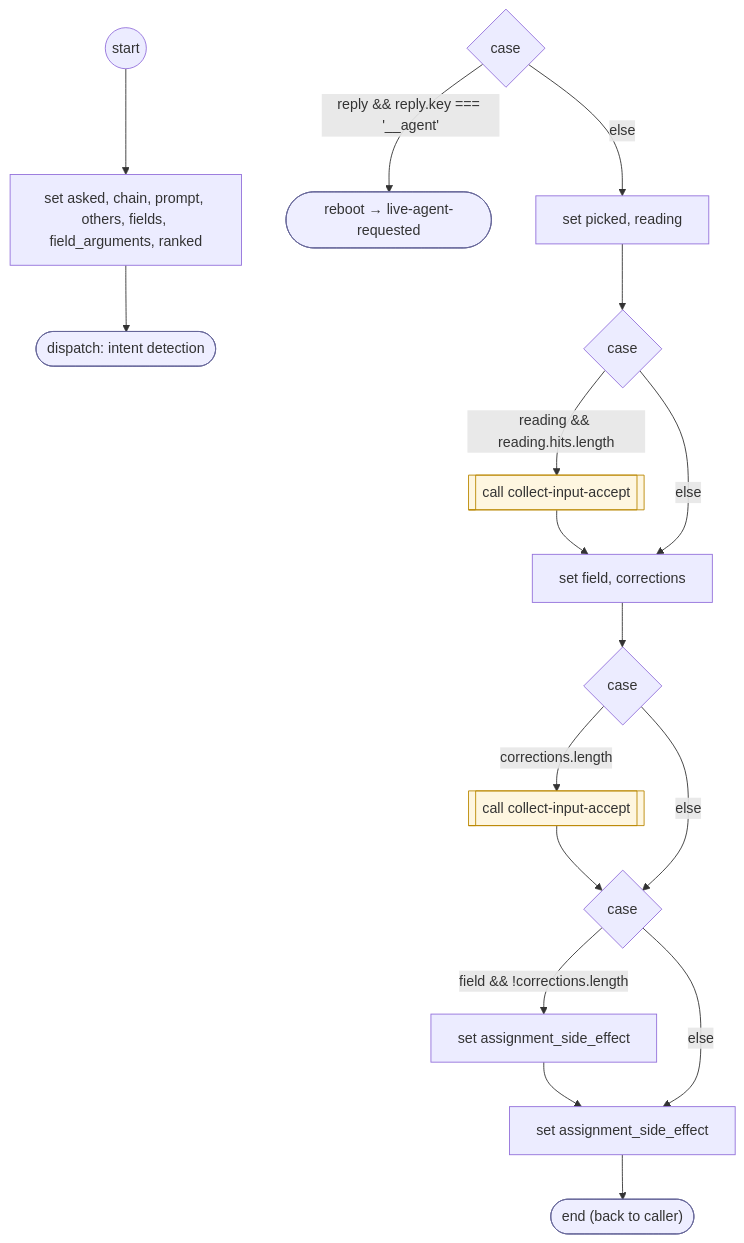
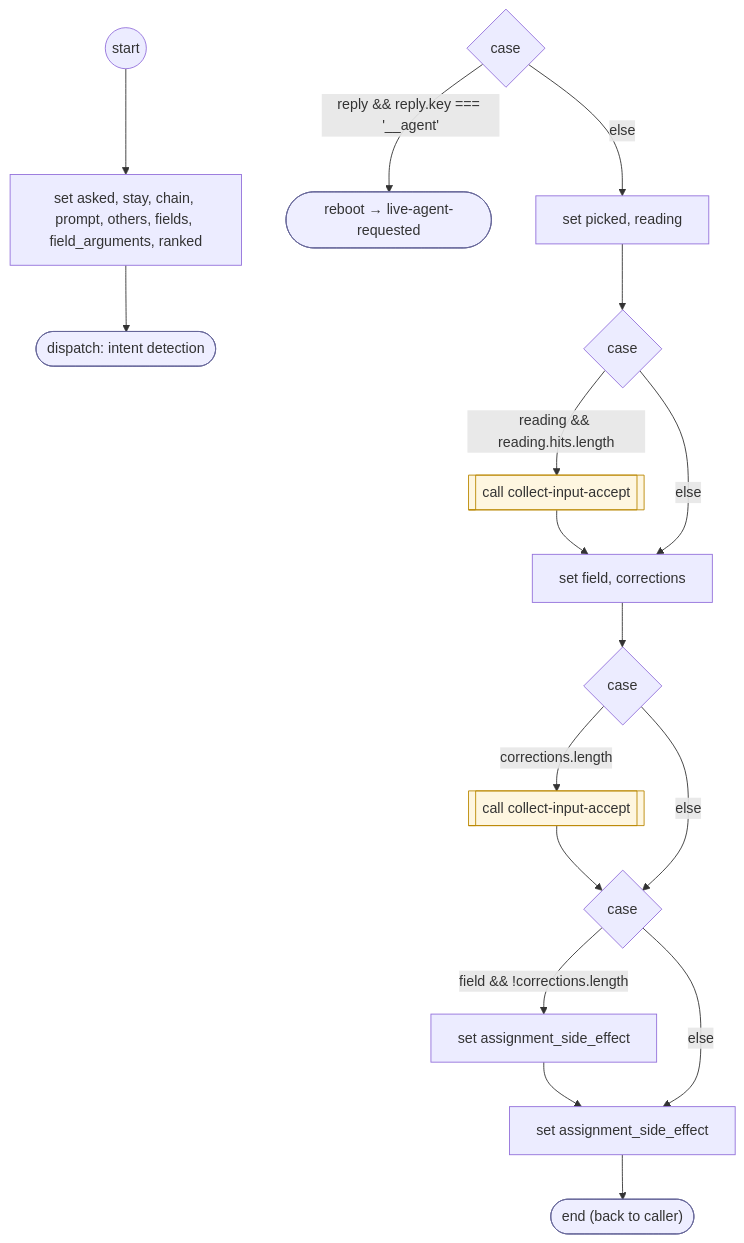
The diagram in docs/flows/system/read-confirm-reply.md (ronpinkas/jsfe), drawn with Mermaid before and after one commit. The commit also changed 9 other files, not shown here.

````diff
--- a/docs/flows/system/read-confirm-reply.md
+++ b/docs/flows/system/read-confirm-reply.md
@@ -20,43 +20,43 @@
 ```mermaid
 flowchart TD
    START(("start"))
-   n0["set asked, chain, prompt, others, fields, field_arguments, ranked"]
+   n0["set asked, stay, chain, prompt, others, fields, field_arguments, ranked"]
    START --> n0
    n1(["dispatch: intent detection"])
    class n1 endstep
    n0 --> n1
    c2{"case"}
    b3(["reboot → live-agent-requested"])
    class b3 endstep
    c2 -- "reply && reply.key === '__agent'" --> b3
    n4["set picked, reading"]
    c2 -- "else" --> n4
    c5{"case"}
    n4 --> c5
    b6[["call collect-input-accept"]]
    class b6 flowstep
    c5 -- "reading && reading.hits.length" --> b6
    n7["set field, corrections"]
    b6 --> n7
    c5 -- "else" --> n7
    c8{"case"}
    n7 --> c8
    b9[["call collect-input-accept"]]
    class b9 flowstep
    c8 -- "corrections.length" --> b9
    c10{"case"}
    b9 --> c10
    c8 -- "else" --> c10
    b11["set assignment_side_effect"]
    c10 -- "field && !corrections.length" --> b11
    n12["set assignment_side_effect"]
    b11 --> n12
    c10 -- "else" --> n12
    DONE(["end (back to caller)"])
    class DONE endstep
    n12 --> DONE
    classDef endstep fill:#eef,stroke:#669
    classDef toolstep fill:#efe,stroke:#696
    classDef flowstep fill:#fef6e0,stroke:#b80
    classDef inputstep fill:#f3eefc,stroke:#75a
 ```
````
